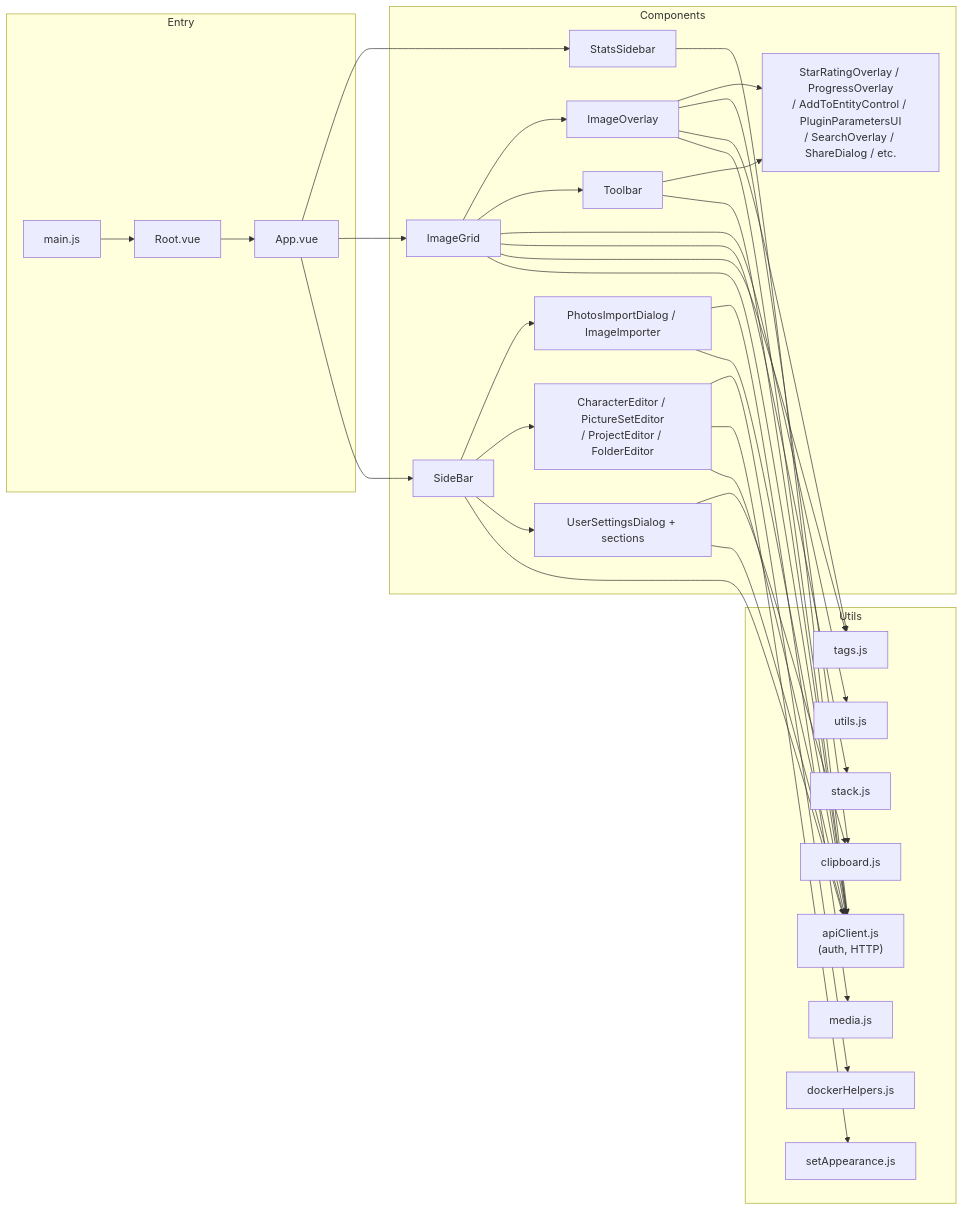
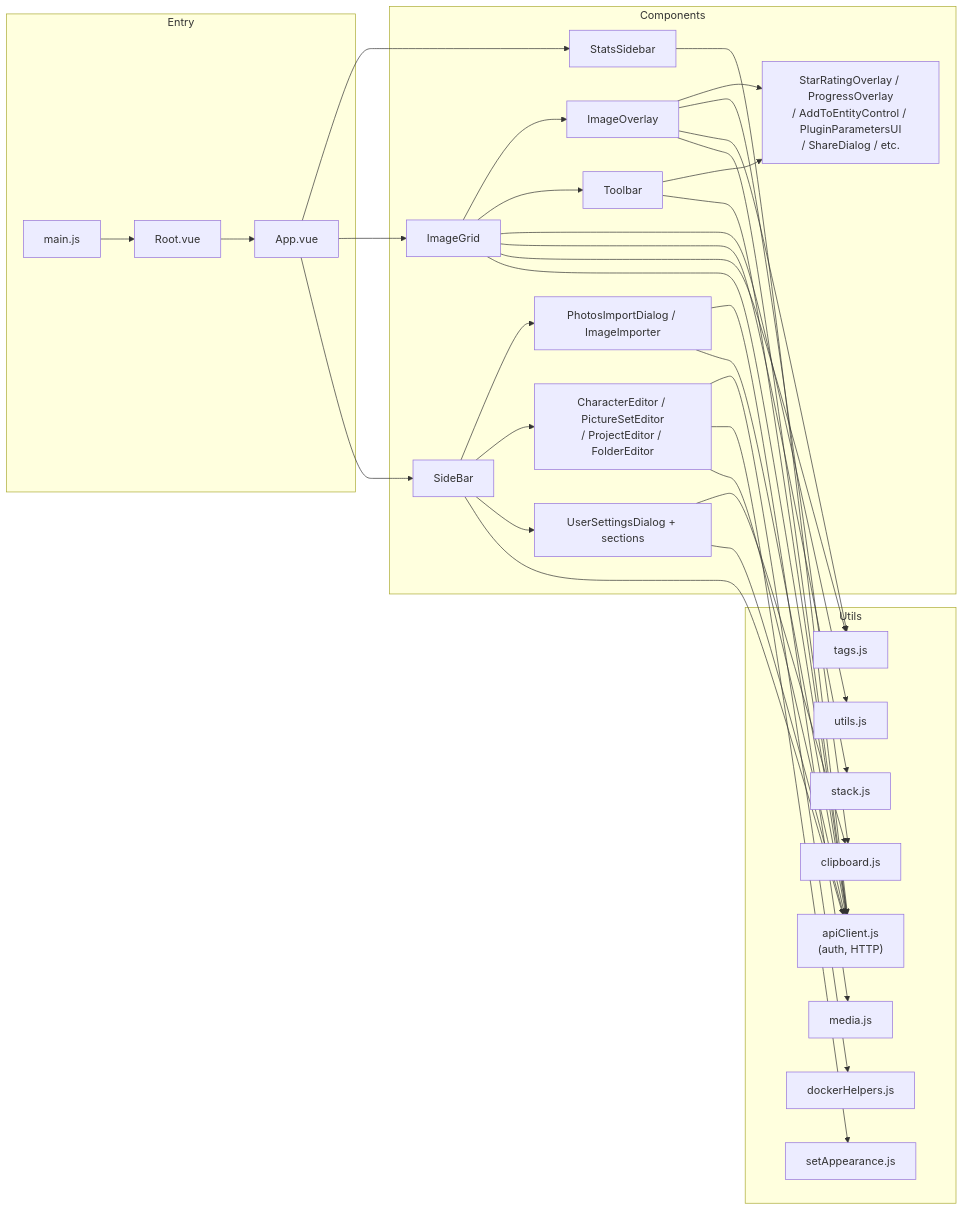
One commit to Pikselkroken/pixlstash changed the fourth of 5 diagrams in docs/frontend_architecture.md. Above: the diagram before and after it, drawn with Mermaid. The commit also changed other lines of this file, not shown here.

````diff
--- a/docs/frontend_architecture.md
+++ b/docs/frontend_architecture.md
@@ -1968,69 +1994,69 @@
 ```mermaid
 graph LR
     subgraph Entry
         main["main.js"]
         Root["Root.vue"]
         App["App.vue"]
     end
 
     subgraph Utils
         apiClient["apiClient.js<br/>(auth, HTTP)"]
         tags["tags.js"]
         utils["utils.js"]
         stack["stack.js"]
         media["media.js"]
         clipboard["clipboard.js"]
         setApp["setAppearance.js"]
         docker["dockerHelpers.js"]
     end
 
     subgraph Components
         SideBar
         ImageGrid
         Toolbar
         ImageOverlay
         StatsSidebar
         Settings["UserSettingsDialog + sections"]
         Editors["CharacterEditor / PictureSetEditor<br/>/ ProjectEditor / FolderEditor"]
         Import["PhotosImportDialog / ImageImporter"]
-        Shared["StarRatingOverlay / ProgressOverlay<br/>/ AddToEntityControl / PluginParametersUI<br/>/ SearchOverlay / ShareDialog / etc."]
+        Shared["StarRatingOverlay / ProgressOverlay<br/>/ AddToEntityControl / PluginParametersUI<br/>/ ShareDialog / etc."]
     end
 
     main --> Root
     Root --> App
     App --> SideBar
     App --> ImageGrid
     App --> StatsSidebar
 
     SideBar --> apiClient
     SideBar --> Settings
     SideBar --> Editors
     SideBar --> Import
 
     ImageGrid --> apiClient
     ImageGrid --> tags
     ImageGrid --> stack
     ImageGrid --> utils
     ImageGrid --> Toolbar
     ImageGrid --> ImageOverlay
 
     ImageOverlay --> apiClient
     ImageOverlay --> tags
     ImageOverlay --> clipboard
     ImageOverlay --> Shared
 
     Toolbar --> apiClient
     Toolbar --> Shared
 
     Settings --> apiClient
     Settings --> clipboard
 
     Editors --> apiClient
     Editors --> setApp
     Editors --> docker
 
     StatsSidebar --> apiClient
 
     Import --> apiClient
     Import --> media
 ```
````
